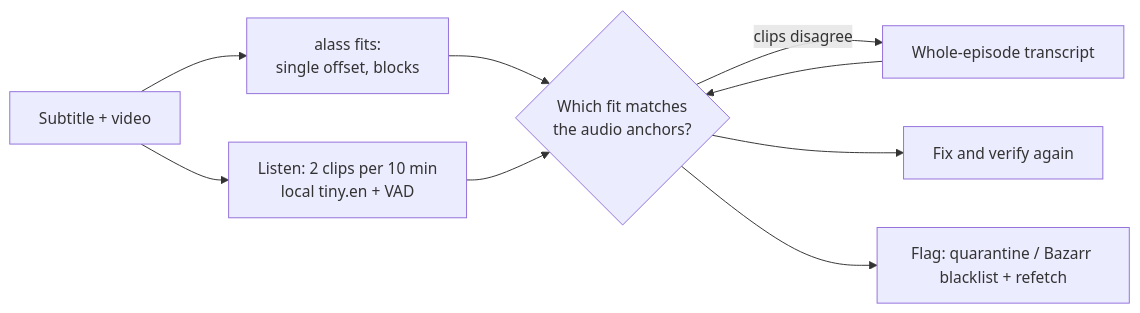
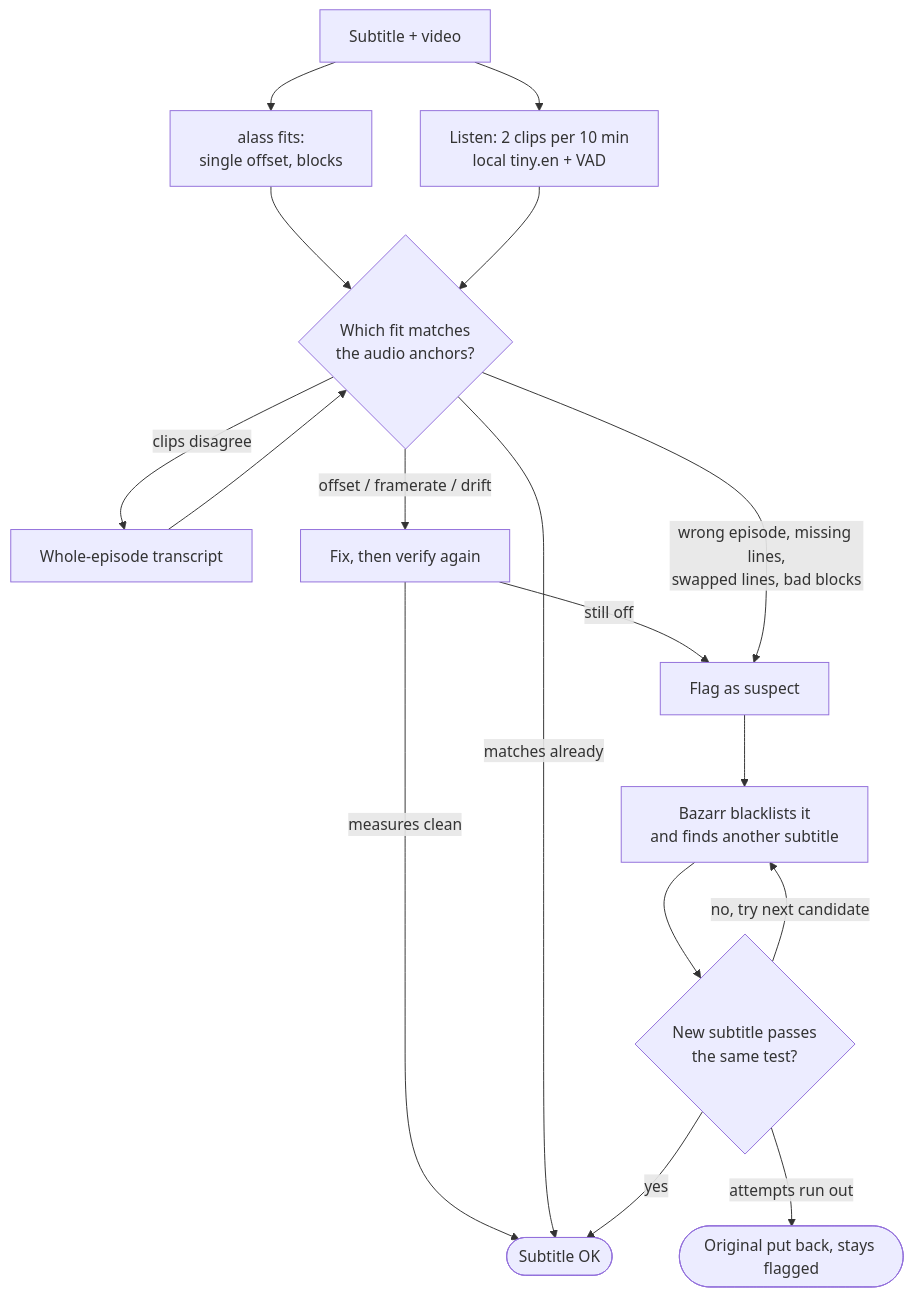
Before and after one commit to KlausHammer/Verifyarr: the diagram in README.md, drawn with Mermaid. The commit also changed other lines of this file and 1 other file, not shown here.

Commit message:
README: flowchart shows the refetch loop, drop Plex mentions

````diff
--- a/README.md
+++ b/README.md
@@ -22,11 +22,19 @@
 ```mermaid
-flowchart LR
+flowchart TD
   A[Subtitle + video] --> B[alass fits:<br/>single offset, blocks]
   A --> C[Listen: 2 clips per 10 min<br/>local tiny.en + VAD]
   B --> D{Which fit matches<br/>the audio anchors?}
   C --> D
   D -->|clips disagree| E[Whole-episode transcript]
   E --> D
-  D --> F[Fix and verify again]
-  D --> G[Flag: quarantine / Bazarr blacklist + refetch]
+  D -->|offset / framerate / drift| F[Fix, then verify again]
+  F -->|measures clean| OK([Subtitle OK])
+  F -->|still off| G
+  D -->|matches already| OK
+  D -->|wrong episode, missing lines,<br/>swapped lines, bad blocks| G[Flag as suspect]
+  G --> H[Bazarr blacklists it<br/>and finds another subtitle]
+  H --> I{New subtitle passes<br/>the same test?}
+  I -->|yes| OK
+  I -->|no, try next candidate| H
+  I -->|attempts run out| J([Original put back, stays flagged])
 ```
````
